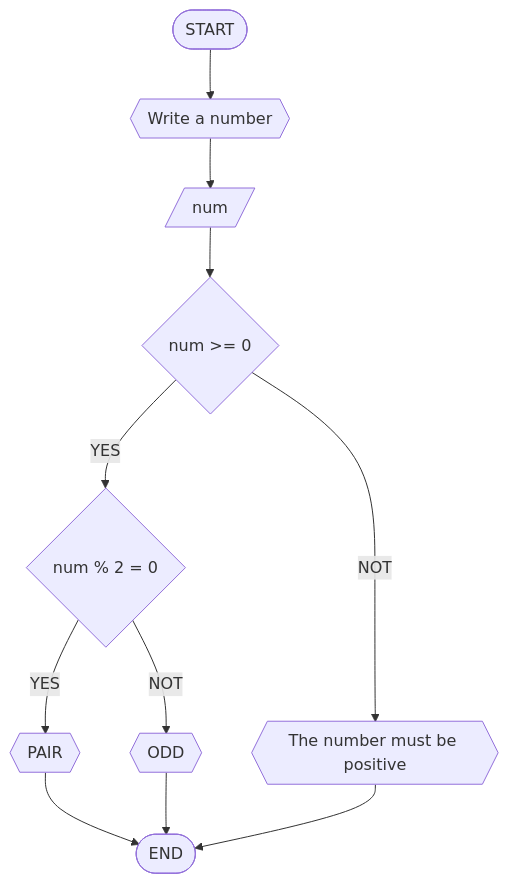
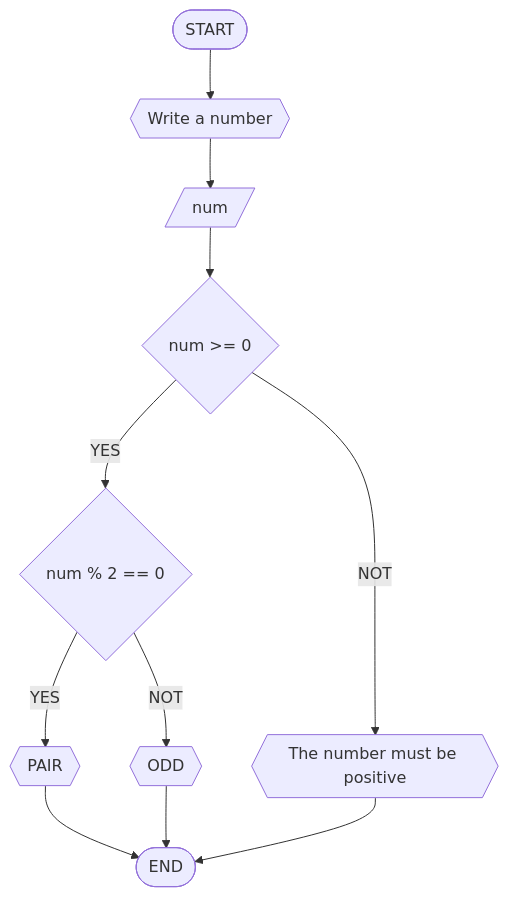
The diagram in RLA/lista1_exercicios.md (Gabriel0225/unifor), drawn with Mermaid before and after one commit.

````diff
--- a/RLA/lista1_exercicios.md
+++ b/RLA/lista1_exercicios.md
@@ -12,13 +12,13 @@
 ``` mermaid
 flowchart TD
 A([START]) --> B{{Write a number}} 
 B --> C[/num/]
 C --> D{num >= 0}
 D --NOT--> E{{The number must be positive}}
-D --YES--> G{num % 2 = 0}
+D --YES--> G{num % 2 == 0}
 G --YES--> H{{PAIR}}
 G --NOT--> I{{ODD}}
 H --> F
 I --> F
 E --> F([END])
 ```
````
